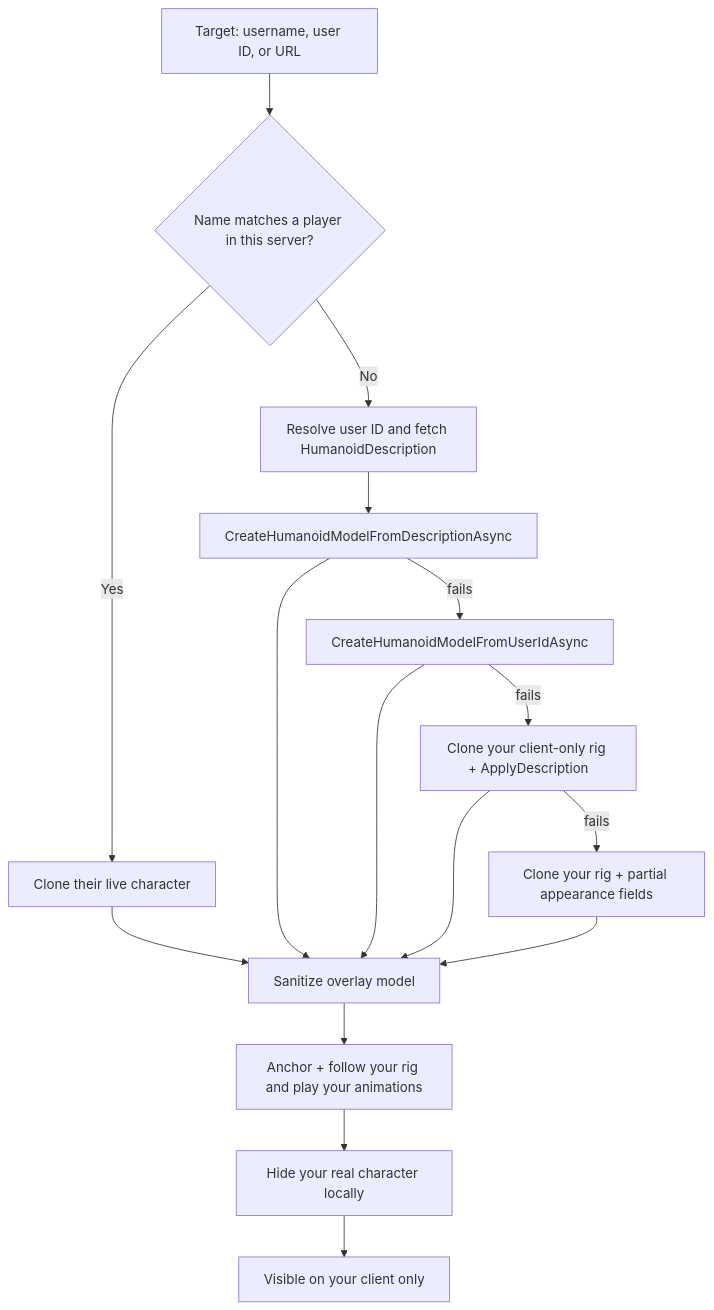
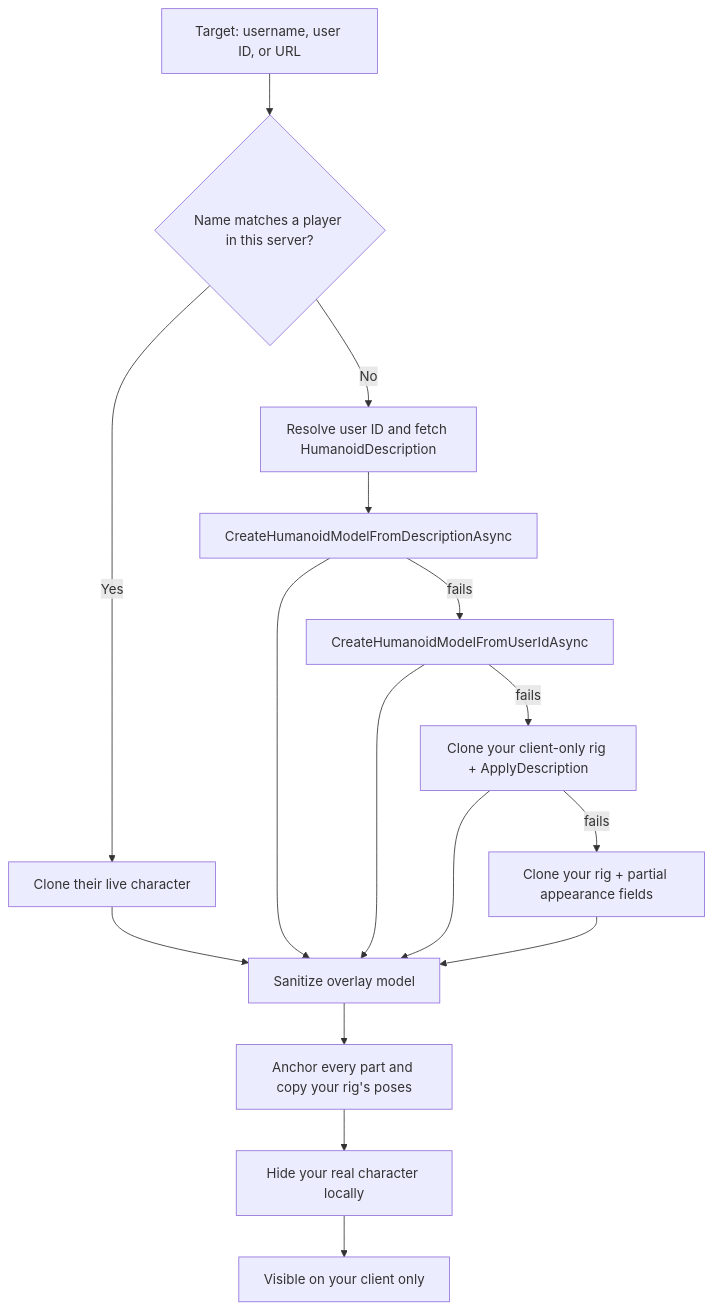
Before and after one commit to ArchDityaa/avatar-copier: the diagram in README.md, drawn with Mermaid. The commit also changed other lines of this file and 6 other files, not shown here.

````diff
--- a/README.md
+++ b/README.md
@@ -164,18 +164,18 @@
 ```mermaid
 flowchart TD
     A[Target: username, user ID, or URL] --> B{Name matches a player in this server?}
     B -- Yes --> C[Clone their live character]
     B -- No --> D[Resolve user ID and fetch HumanoidDescription]
     D --> E[CreateHumanoidModelFromDescriptionAsync]
     E -- fails --> F[CreateHumanoidModelFromUserIdAsync]
     F -- fails --> G[Clone your client-only rig + ApplyDescription]
     G -- fails --> H[Clone your rig + partial appearance fields]
     C --> I[Sanitize overlay model]
     E --> I
     F --> I
     G --> I
     H --> I
-    I --> J[Anchor + follow your rig and play your animations]
+    I --> J[Anchor every part and copy your rig's poses]
     J --> K[Hide your real character locally]
     K --> L[Visible on your client only]
 ```
````
